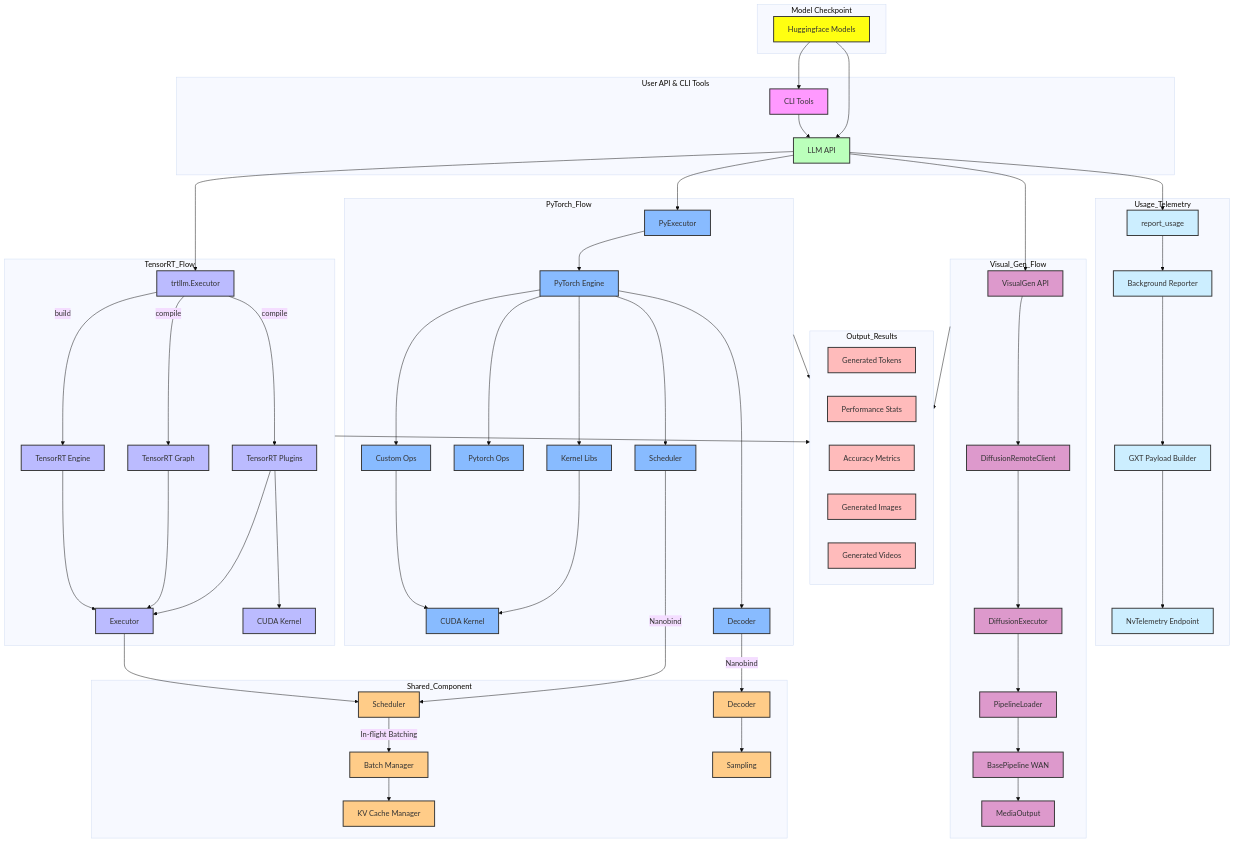
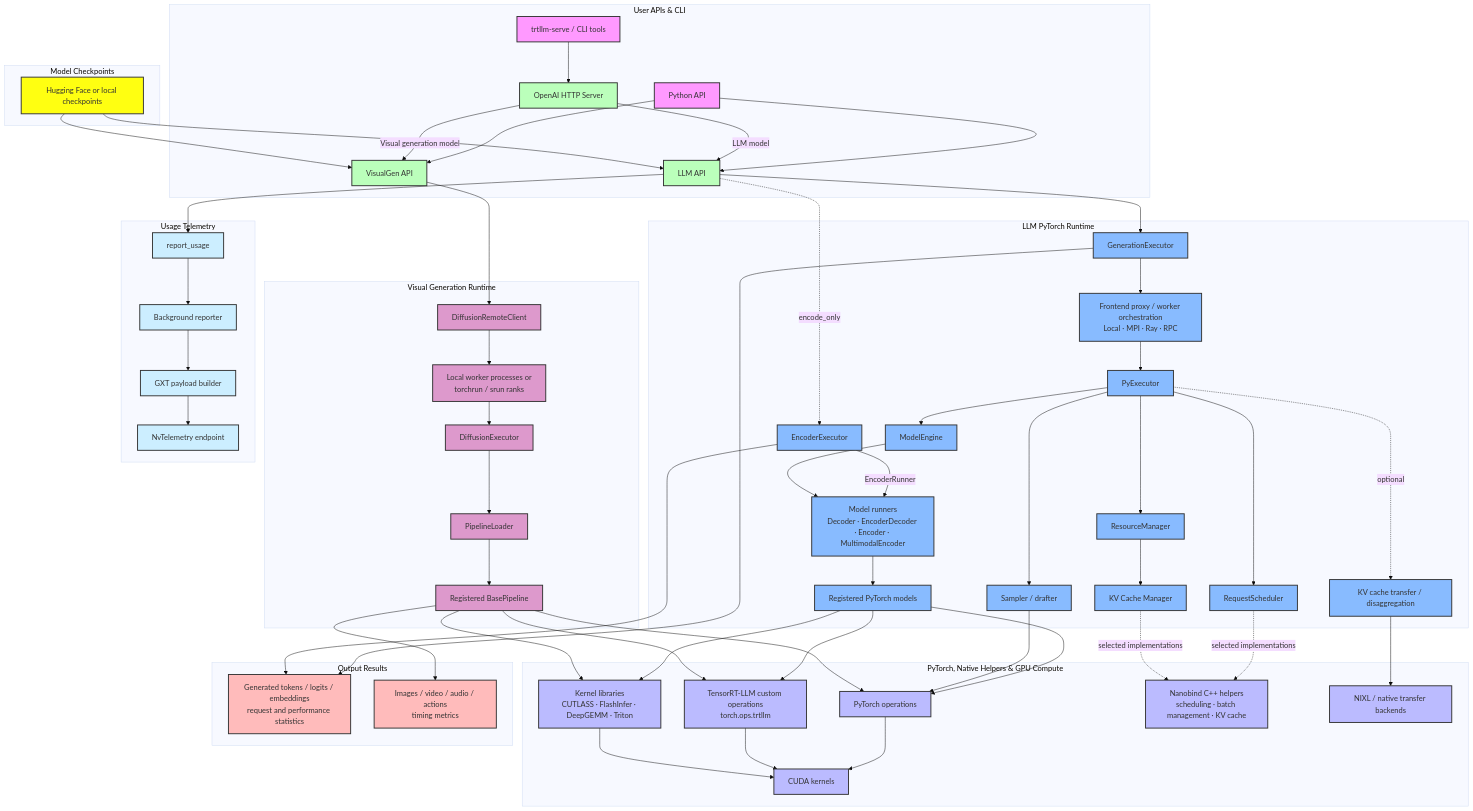
The diagram in .github/tava_architecture_diagram.md (NVIDIA/TensorRT-LLM), drawn with Mermaid (base theme) before and after one commit.

Commit message:
[None][doc] Cherry-pick #21074 from release/1.3: Update TAVA architecture diagram for release 1.3
Forward-port of release/1.3 PR https://github.com/NVIDIA/TensorRT-LLM/pull/21074
(release/1.3 commit 7681cb328f809ee73c9269a511675549f6bfdae5) to main.

Adapted to main: main no longer has PyTorchModelEngine. ModelEngine now
owns model setup and dispatches to model runners (DecoderRunner,
EncoderDecoderRunner, EncoderRunner, MultimodalEncoderRunner), and
EncoderExecutor builds its own EncoderRunner instead of going through
ModelEngine. The diagram therefore labels the engine node ModelEngine,
adds a "Model runners" node between the engine and the registered
PyTorch models, and points EncoderExecutor at the runners via
EncoderRunner rather than at ModelEngine.

````diff
--- a/.github/tava_architecture_diagram.md
+++ b/.github/tava_architecture_diagram.md
@@ -1,145 +1,129 @@
 ```mermaid
 graph TB
-    subgraph "User API & CLI Tools"
-        CLI[CLI Tools]
-        LLMAPI[LLM API]
-        CLI --> LLMAPI
+    subgraph EntryPoints["User APIs & CLI"]
+        CLI["trtllm-serve / CLI tools"]
+        PythonAPI["Python API"]
+        OpenAIServer["OpenAI HTTP Server"]
+        LLMAPI["LLM API"]
+        VisualGenAPI["VisualGen API"]
+
+        CLI --> OpenAIServer
+        PythonAPI --> LLMAPI
+        PythonAPI --> VisualGenAPI
+        OpenAIServer -->|LLM model| LLMAPI
+        OpenAIServer -->|Visual generation model| VisualGenAPI
     end
 
-    subgraph "Model Checkpoint"
-        Checkpoint[Huggingface Models]
-        Checkpoint --> CLI
-        Checkpoint --> LLMAPI
+    subgraph Checkpoints["Model Checkpoints"]
+        Checkpoint["Hugging Face or local checkpoints"]
     end
 
-    subgraph "TensorRT_Flow"
-        trtllmExecutor[trtllm.Executor]
-        Engine[TensorRT Engine]
-        TRTGraph[TensorRT Graph]
-        Plugins[TensorRT Plugins]
-        cudaKernel[CUDA Kernel]
-        Executor[Executor]
-        LLMAPI --> trtllmExecutor
-        trtllmExecutor --> |build|Engine
-        trtllmExecutor --> |compile|TRTGraph
-        trtllmExecutor --> |compile|Plugins
-        Engine --> Executor
-        Plugins --> Executor
-        TRTGraph --> Executor
-        Plugins --> cudaKernel
+    Checkpoint --> LLMAPI
+    Checkpoint --> VisualGenAPI
+
+    subgraph LLMFlow["LLM PyTorch Runtime"]
+        GenerationExecutor["GenerationExecutor"]
+        Orchestration["Frontend proxy / worker orchestration<br/>Local · MPI · Ray · RPC"]
+        PyExecutor["PyExecutor"]
+        EncoderExecutor["EncoderExecutor"]
+        ModelEngine["ModelEngine"]
+        ModelRunners["Model runners<br/>Decoder · EncoderDecoder · Encoder · MultimodalEncoder"]
+        RequestScheduler["RequestScheduler"]
+        Sampler["Sampler / drafter"]
+        ResourceManager["ResourceManager"]
+        KVCache["KV Cache Manager"]
+        KVTransfer["KV cache transfer / disaggregation"]
+        TorchModels["Registered PyTorch models"]
+
+        LLMAPI --> GenerationExecutor
+        GenerationExecutor --> Orchestration
+        Orchestration --> PyExecutor
+        LLMAPI -. encode_only .-> EncoderExecutor
+        EncoderExecutor -->|EncoderRunner| ModelRunners
+        PyExecutor --> ModelEngine
+        PyExecutor --> RequestScheduler
+        PyExecutor --> Sampler
+        PyExecutor --> ResourceManager
+        ResourceManager --> KVCache
+        PyExecutor -. optional .-> KVTransfer
+        ModelEngine --> ModelRunners
+        ModelRunners --> TorchModels
     end
 
-    subgraph "PyTorch_Flow"
-        PyExecutor[PyExecutor]
-        PyEngine[PyTorch Engine]
-        CustomOps[Custom Ops]
-        PyTorchOps[Pytorch Ops]
-        KernelLibs[Kernel Libs]
-        PyScheduler[Scheduler]
-        PyDecoder[Decoder]
-        CUDAKernel[CUDA Kernel]
-        LLMAPI --> PyExecutor
-        PyExecutor --> PyEngine[PyTorch Engine]
-        PyEngine --> CustomOps
-        PyEngine --> PyTorchOps
-        PyEngine --> KernelLibs
-        PyEngine --> PyScheduler
-        PyEngine --> PyDecoder
-        KernelLibs --> CUDAKernel
-        CustomOps --> CUDAKernel
+    subgraph VisualGenFlow["Visual Generation Runtime"]
+        DiffusionClient["DiffusionRemoteClient"]
+        WorkerLaunch["Local worker processes or<br/>torchrun / srun ranks"]
+        DiffusionExecutor["DiffusionExecutor"]
+        PipelineLoader["PipelineLoader"]
+        DiffusionPipeline["Registered BasePipeline"]
+
+        VisualGenAPI --> DiffusionClient
+        DiffusionClient --> WorkerLaunch
+        WorkerLaunch --> DiffusionExecutor
+        DiffusionExecutor --> PipelineLoader
+        PipelineLoader --> DiffusionPipeline
     end
 
-    subgraph "Visual_Gen_Flow"
-        VisualGenAPI[VisualGen API]
-        DiffusionClient[DiffusionRemoteClient]
-        DiffusionExecutor[DiffusionExecutor]
-        PipelineLoader[PipelineLoader]
-        DiffusionPipeline[BasePipeline WAN]
-        MediaOutput[MediaOutput]
-        LLMAPI --> VisualGenAPI
-        VisualGenAPI --> DiffusionClient
-        DiffusionClient --> DiffusionExecutor
-        DiffusionExecutor --> PipelineLoader
-        PipelineLoader --> DiffusionPipeline
-        DiffusionPipeline --> MediaOutput
+    subgraph Compute["PyTorch, Native Helpers & GPU Compute"]
+        TorchOps["PyTorch operations"]
+        CustomOps["TensorRT-LLM custom operations<br/>torch.ops.trtllm"]
+        KernelLibs["Kernel libraries<br/>CUTLASS · FlashInfer · DeepGEMM · Triton"]
+        NativeHelpers["Nanobind C++ helpers<br/>scheduling · batch management · KV cache"]
+        TransferBackends["NIXL / native transfer backends"]
+        CUDAKernels["CUDA kernels"]
+
+        TorchModels --> TorchOps
+        TorchModels --> CustomOps
+        TorchModels --> KernelLibs
+        Sampler --> TorchOps
+        RequestScheduler -. selected implementations .-> NativeHelpers
+        KVCache -. selected implementations .-> NativeHelpers
+        KVTransfer --> TransferBackends
+        DiffusionPipeline --> TorchOps
+        DiffusionPipeline --> CustomOps
+        DiffusionPipeline --> KernelLibs
+        TorchOps --> CUDAKernels
+        CustomOps --> CUDAKernels
+        KernelLibs --> CUDAKernels
     end
 
-    subgraph "Shared_Component"
-        Shared_Decoder[Decoder]
-        Shared_Scheduler[Scheduler]
-        Sampling[Sampling]
-        BatchManager[Batch Manager]
-        KVCache[KV Cache Manager]
-        PyScheduler --> |Nanobind|Shared_Scheduler
-        PyDecoder --> |Nanobind|Shared_Decoder
-        Shared_Decoder --> Sampling
-        Executor --> Shared_Scheduler[Scheduler]
-        Shared_Scheduler --> |In-flight Batching| BatchManager
-        BatchManager --> KVCache
-    end
+    subgraph UsageTelemetry["Usage Telemetry"]
+        ReportUsage["report_usage"]
+        BgReporter["Background reporter"]
+        GxtPayload["GXT payload builder"]
+        GxtEndpoint["NvTelemetry endpoint"]
 
-    subgraph "Usage_Telemetry"
-        ReportUsage[report_usage]
-        BgReporter[Background Reporter]
-        GxtPayload[GXT Payload Builder]
-        GxtEndpoint[NvTelemetry Endpoint]
+        LLMAPI --> ReportUsage
         ReportUsage --> BgReporter
         BgReporter --> GxtPayload
         GxtPayload --> GxtEndpoint
     end
 
-    subgraph "Output_Results"
-        Tokens[Generated Tokens]
-        Stats[Performance Stats]
-        Metrics[Accuracy Metrics]
-        GenImages[Generated Images]
-        GenVideos[Generated Videos]
+    subgraph Results["Output Results"]
+        LLMResults["Generated tokens / logits / embeddings<br/>request and performance statistics"]
+        VisualResults["Images / video / audio / actions<br/>timing metrics"]
+
+        GenerationExecutor --> LLMResults
+        EncoderExecutor --> LLMResults
+        DiffusionPipeline --> VisualResults
     end
 
-    LLMAPI --> ReportUsage
+    classDef entry fill:#f9f,stroke:#333,stroke-width:2px;
+    classDef api fill:#bfb,stroke:#333,stroke-width:2px;
+    classDef checkpoint fill:#ff1,stroke:#333,stroke-width:2px;
+    classDef llm fill:#8bf,stroke:#333,stroke-width:2px;
+    classDef visualgen fill:#d9c,stroke:#333,stroke-width:2px;
+    classDef compute fill:#bbf,stroke:#333,stroke-width:2px;
+    classDef telemetry fill:#cef,stroke:#333,stroke-width:2px;
+    classDef result fill:#fbb,stroke:#333,stroke-width:2px;
 
-    PyTorch_Flow ~~~ TensorRT_Flow
-
-    TensorRT_Flow --> Output_Results
-    PyTorch_Flow --> Output_Results
-    Visual_Gen_Flow --> Output_Results
-
-    %% Force Output_Results to be between PyTorch_flow and TensorRT_flow
-    PyTorch_Flow ~~~ Output_Results
-
-    %% Model checkpoint format
-    classDef checkpoint fill:#ff1,stroke:#333,stroke-width:2px;
+    class CLI,PythonAPI entry;
+    class OpenAIServer,LLMAPI,VisualGenAPI api;
     class Checkpoint checkpoint;
-
-    %% CLI tools format
-    classDef cli fill:#f9f,stroke:#333,stroke-width:2px;
-    class CLI cli;
-
-    %% TRT flow format
-    classDef trt fill:#bbf,stroke:#333,stroke-width:2px;
-    class trtllmExecutor,TRTGraph,Plugins,Engine,Executor,cudaKernel trt;
-
-    %% PyTorch flow format
-    classDef pytorch fill:#8bf,stroke:#333,stroke-width:2px;
-    class PyExecutor,PyEngine,CustomOps,PyTorchOps,KernelLibs,PyScheduler,PyDecoder,CUDAKernel pytorch;
-
-    %% Visual Gen flow format
-    classDef visualgen fill:#d9c,stroke:#333,stroke-width:2px;
-    class VisualGenAPI,DiffusionClient,DiffusionExecutor,PipelineLoader,DiffusionPipeline,MediaOutput visualgen;
-
-    %% Shared Componnet format
-    classDef component fill:#fc8,stroke:#333,stroke-width:2px;
-    class Shared_Decoder,Sampling,Shared_Scheduler,BatchManager,KVCache component;
-
-    %% APIs format
-    classDef api fill:#bfb,stroke:#333,stroke-width:2px;
-    class PythonAPI,CppAPI,LLMAPI api;
-
-    %% Telemetry format
-    classDef telemetry fill:#cef,stroke:#333,stroke-width:2px;
+    class GenerationExecutor,Orchestration,PyExecutor,EncoderExecutor,ModelEngine,ModelRunners llm;
+    class RequestScheduler,Sampler,ResourceManager,KVCache,KVTransfer,TorchModels llm;
+    class DiffusionClient,WorkerLaunch,DiffusionExecutor,PipelineLoader,DiffusionPipeline visualgen;
+    class TorchOps,CustomOps,KernelLibs,NativeHelpers,TransferBackends,CUDAKernels compute;
     class ReportUsage,BgReporter,GxtPayload,GxtEndpoint telemetry;
-
-    %% Results format
-    classDef result fill:#fbb,stroke:#333,stroke-width:2px;
-    class Tokens,Stats,Metrics,GenImages,GenVideos result;
+    class LLMResults,VisualResults result;
 ```
````
